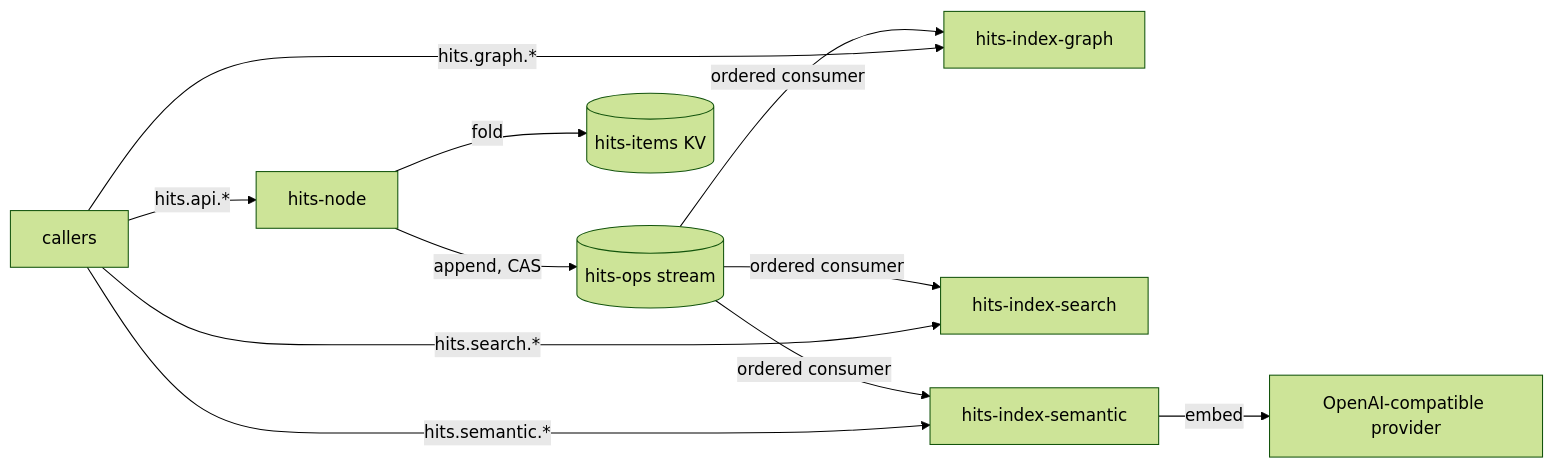
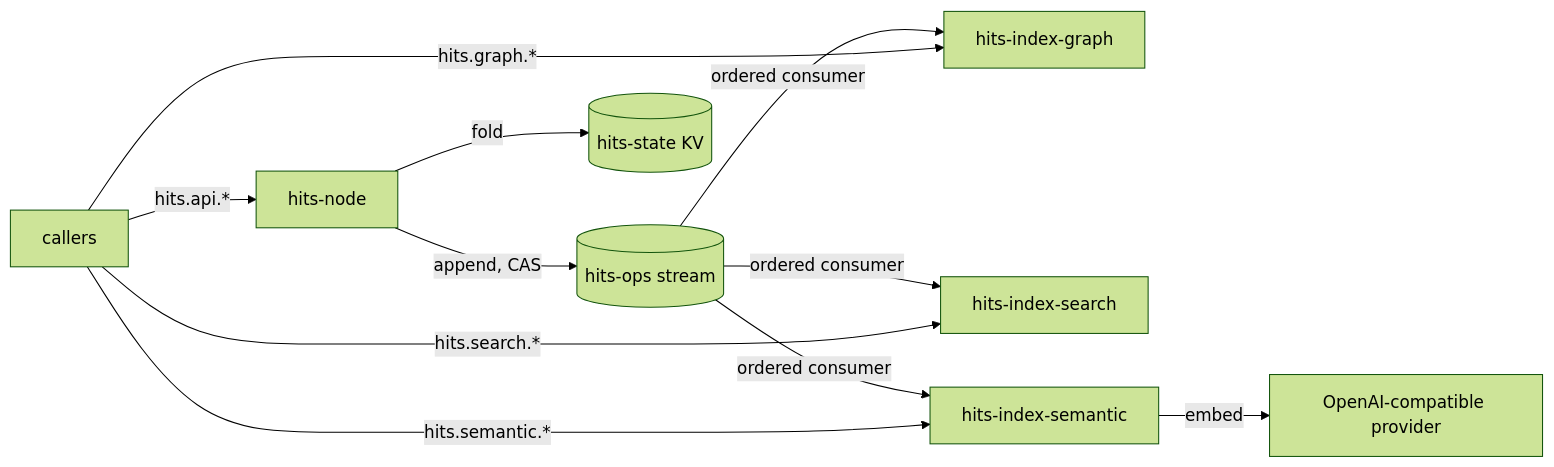
One commit to impire-io/hits-hq changed the diagram in 02-DESIGN/services.md. Above: the diagram before and after it, drawn with Mermaid (forest theme). The commit also changed other lines of this file and 3 other files, not shown here.

````diff
--- a/02-DESIGN/services.md
+++ b/02-DESIGN/services.md
@@ -18,13 +18,13 @@
 ```mermaid
 flowchart LR
     C[callers] -->|hits.api.*| N[hits-node]
     N -->|append, CAS| L[(hits-ops stream)]
-    N -->|fold| KV[(hits-items KV)]
+    N -->|fold| KV[(hits-state KV)]
     L -->|ordered consumer| G[hits-index-graph]
     L -->|ordered consumer| S[hits-index-search]
     L -->|ordered consumer| E[hits-index-semantic]
     C -->|hits.graph.*| G
     C -->|hits.search.*| S
     C -->|hits.semantic.*| E
     E -->|embed| P[OpenAI-compatible provider]
 ```
````
